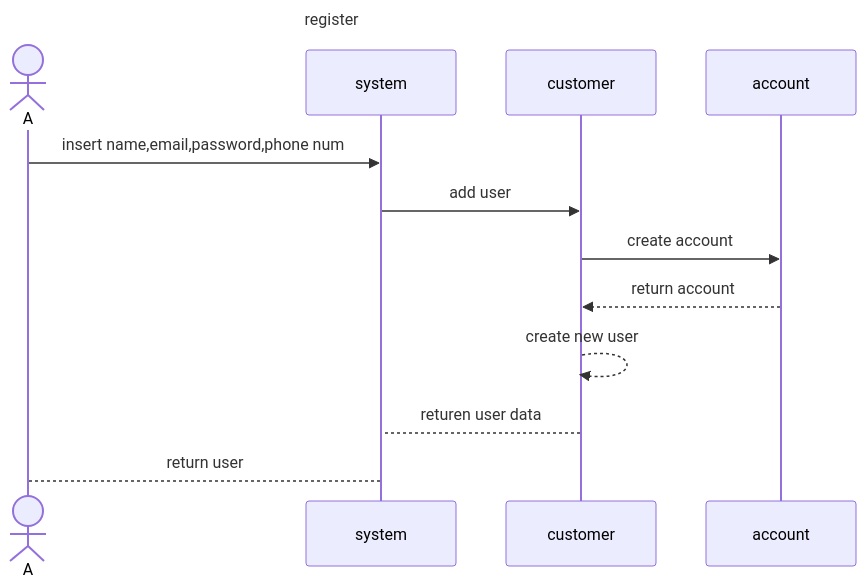
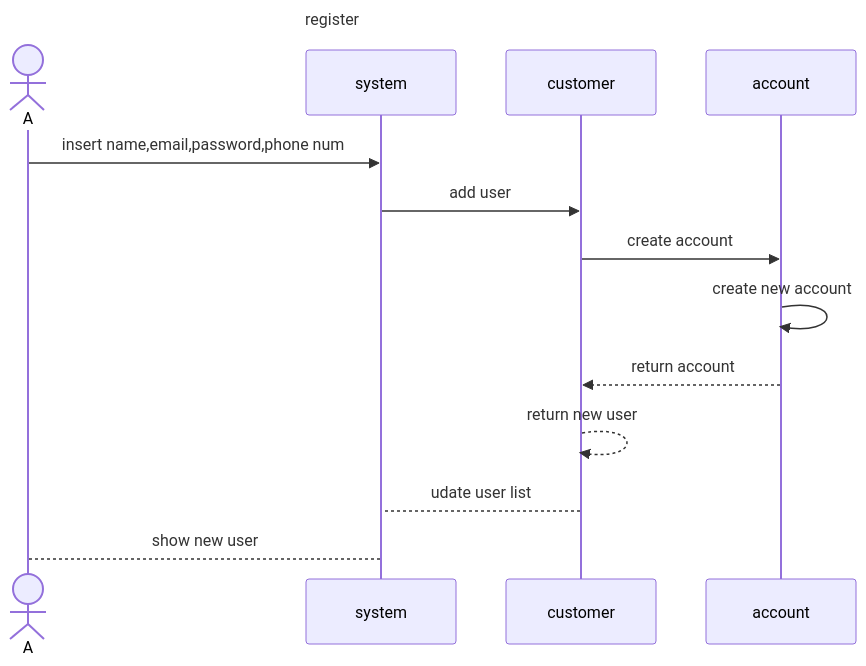
The diagram in sequence_diag/auth/register.mmd (MxMhx/OOP_Project_MK_website), drawn with Mermaid before and after one commit.

Commit message:
fix sq register

```diff
--- a/sequence_diag/auth/register.mmd
+++ b/sequence_diag/auth/register.mmd
@@ -1,14 +1,15 @@
 sequenceDiagram
     title register
     actor A
     participant system
     participant customer
     participant account
     
     A ->> system:insert name,email,password,phone num
     system ->> customer :add user
     customer ->>  account :create account
+    account ->> account : create new account
     account -->> customer :return account
-    customer -->> customer :create new user
-    customer --> system: returen user data
-    system --> A :return user
+    customer -->> customer :return new user
+    customer --> system: udate user list
+    system --> A :show new user
```
